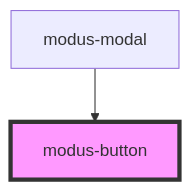
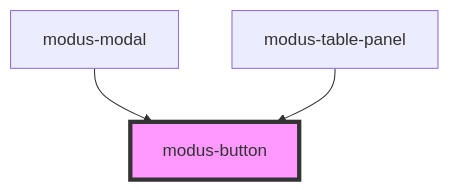
The diagram in stencil-workspace/src/components/modus-button/readme.md (trimble-oss/modus-web-components), drawn with Mermaid before and after one commit. The commit also changed other lines of this file and 27 other files, not shown here.

Commit message:
Cell Renderer for Modus Data Table

````diff
--- a/stencil-workspace/src/components/modus-button/readme.md
+++ b/stencil-workspace/src/components/modus-button/readme.md
@@ -33,5 +34,6 @@
 ```mermaid
 graph TD;
   modus-modal --> modus-button
+  modus-table-panel --> modus-button
   style modus-button fill:#f9f,stroke:#333,stroke-width:4px
 ```
````
